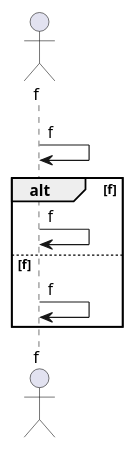
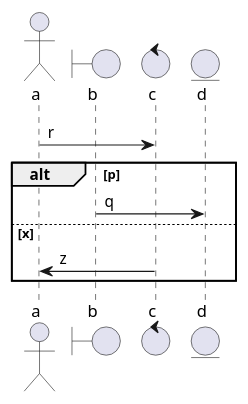
One commit to AgileRE-2024/Generate changed the diagram in generate/tools/sequence_diagram.puml. Above: the diagram before and after it, drawn with PlantUML. The commit also changed 6 other files, not shown here.

```diff
--- a/generate/tools/sequence_diagram.puml
+++ b/generate/tools/sequence_diagram.puml
@@ -1,12 +1,12 @@
 @startuml
-actor f
-boundary f
-control f
-entity f
-f -> f : f
-alt f
-f -> f : f
-else f
-f -> f : f
+actor a
+boundary b
+control c
+entity d
+a -> c : r
+alt p
+b -> d : q
+else x
+c -> a : z
 end
 @enduml
```
